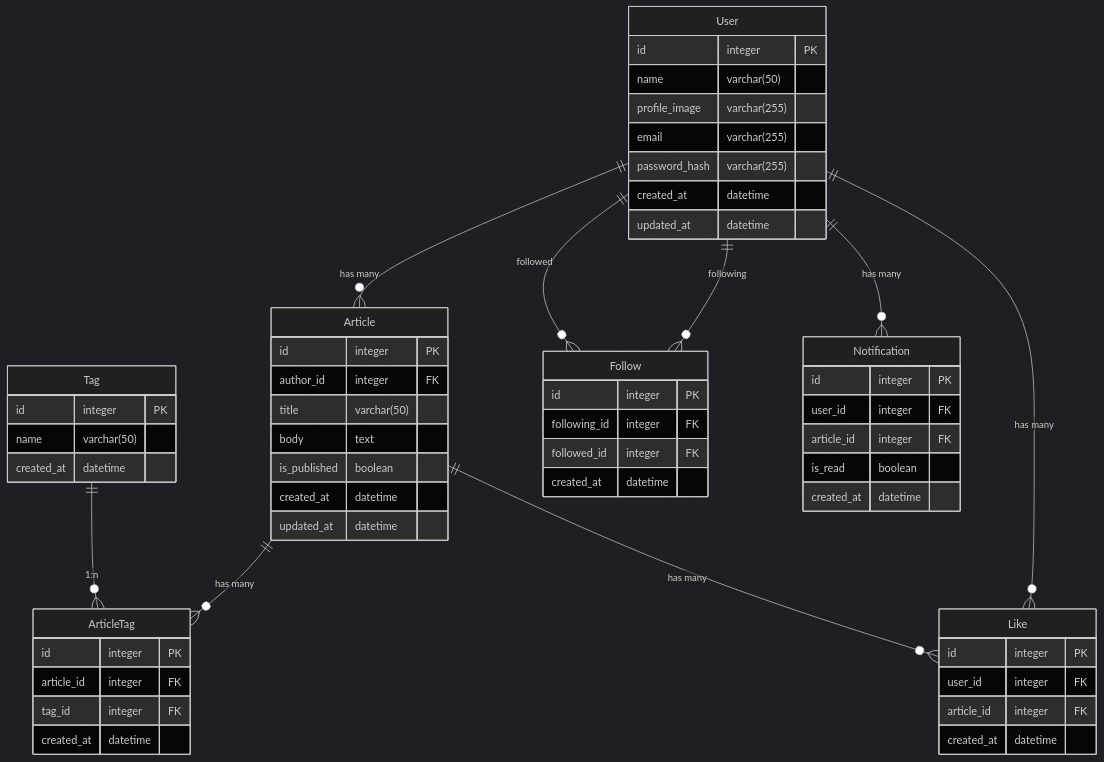
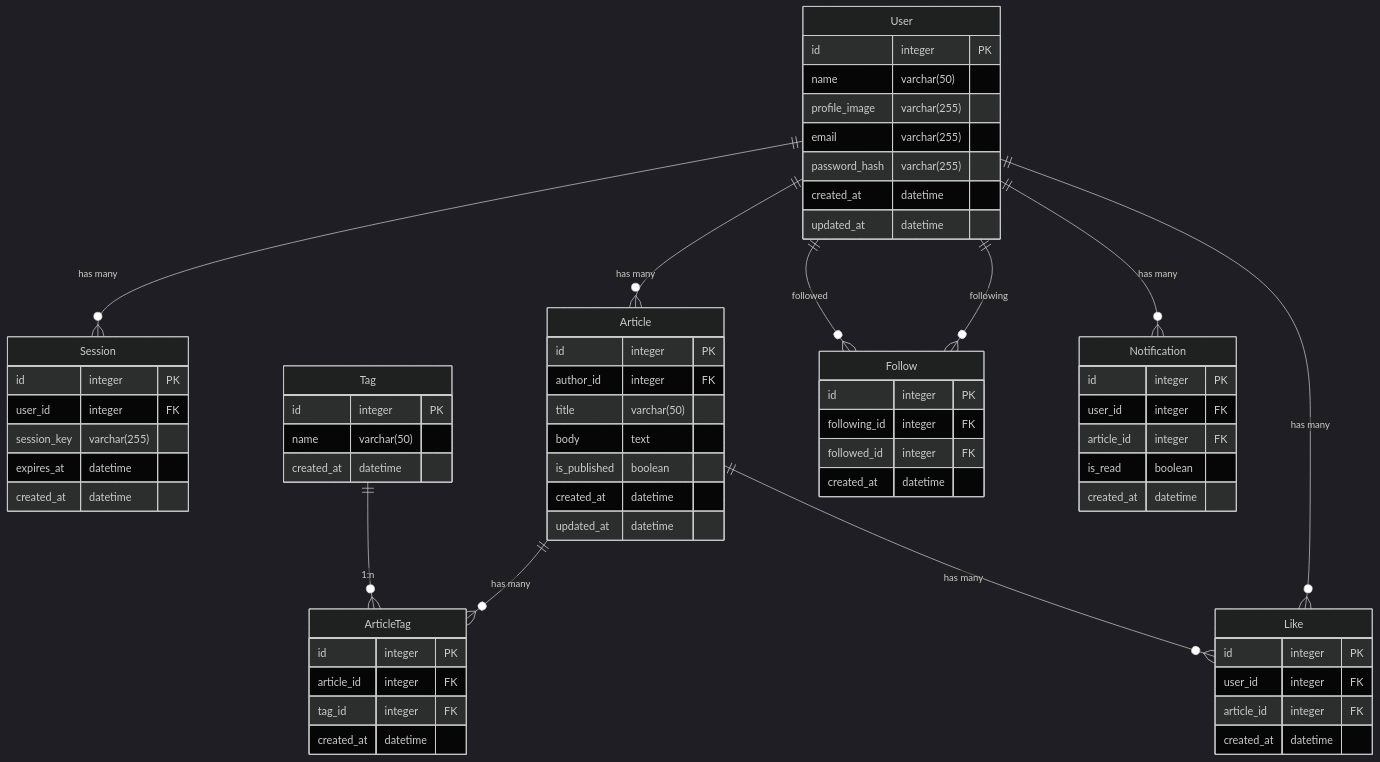
The diagram in docs/er-diagram.md (doguto/nari-note), drawn with Mermaid (dark theme) before and after one commit. The commit also changed other lines of this file, not shown here.

Commit message:
Feat: Sessionテーブルを追加

````diff
--- a/docs/er-diagram.md
+++ b/docs/er-diagram.md
@@ -5,70 +5,80 @@
 ```mermaid
 erDiagram
+
+User ||--o{ Session: "has many"
 
 User ||--o{ Article: "has many"
 Article ||--o{ ArticleTag: "has many"
 Tag ||--o{ ArticleTag: "1:n"
 
 User ||--o{ Follow: "following"
 User ||--o{ Follow: "followed"
 
 User ||--o{ Like: "has many"
 Article ||--o{ Like: "has many"
 
 User ||--o{ Notification: "has many"
 
 User {
     id integer PK
     name varchar(50)
     profile_image varchar(255)
     email varchar(255)
     password_hash varchar(255)
     created_at datetime
     updated_at datetime
+}
+
+Session {
+    id integer PK
+    user_id integer FK
+    session_key varchar(255)
+    expires_at datetime
+    created_at datetime
 }
 
 Article {
     id integer PK
     author_id integer FK
     title varchar(50)
     body text
     is_published boolean
     created_at datetime
     updated_at datetime
 }
 
 Tag {
     id integer PK
     name varchar(50)
     created_at datetime
 }
 
 ArticleTag {
     id integer PK
     article_id integer FK
     tag_id integer FK
     created_at datetime
 }
 
 Like {
     id integer PK
     user_id integer FK
     article_id integer FK
     created_at datetime
 }
 
 Follow {
     id integer PK
     following_id integer FK
     followed_id integer FK
     created_at datetime
 }
 
 Notification {
     id integer PK
     user_id integer FK
     article_id integer FK
     is_read boolean
     created_at datetime
 }
 ```
````
